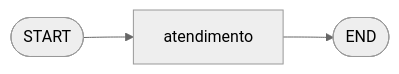
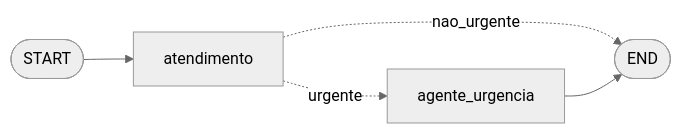
The diagram in README.md (ivestulio/susia), drawn with Mermaid (neutral theme) before and after one commit. The commit also changed other lines of this file and 11 other files, not shown here.

First line of the commit message:
feat(agent): Passo 02: agente_urgencia com RAG sobre o CID-10

````diff
--- a/README.md
+++ b/README.md
@@ -18,4 +16,7 @@
 ```mermaid
 graph LR
-    START([START]) --> atendimento --> FIM([END])
+    START([START]) --> atendimento
+    atendimento -. urgente .-> agente_urgencia
+    atendimento -. nao_urgente .-> FIM([END])
+    agente_urgencia --> FIM
 ```
````
